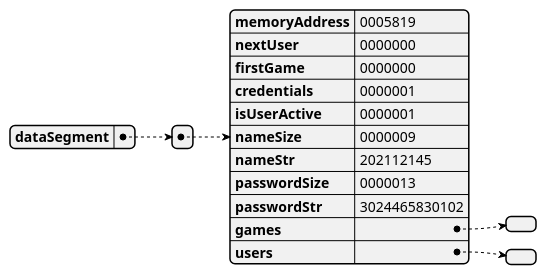
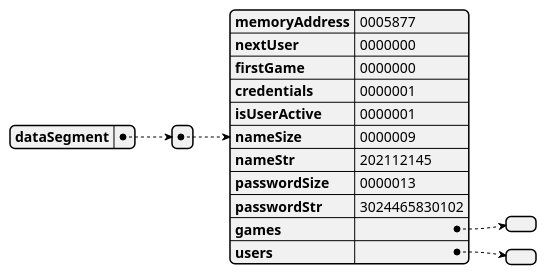
The diagram in docs/uml/README.md (danielcuque/ACE1-PROYECTO2), drawn with PlantUML before and after one commit. The commit also changed 5 other files, not shown here.

`````diff
--- a/docs/uml/README.md
+++ b/docs/uml/README.md
@@ -1,16 +1,16 @@
 ````plantuml
 @startjson memoryGraph
 {"dataSegment":
-[{"memoryAddress":"0005819",
+[{"memoryAddress":"0005877",
 "nextUser":"0000000",
 "firstGame":"0000000",
 "credentials":"0000001",
 "isUserActive":"0000001",
 "nameSize":"0000009",
 "nameStr":"202112145",
 "passwordSize":"0000013",
 "passwordStr":"3024465830102",
 "games":[],
 "users":[]}]}
 @endjson
 ````
`````
